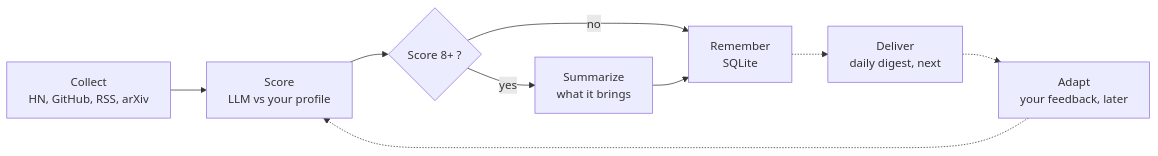
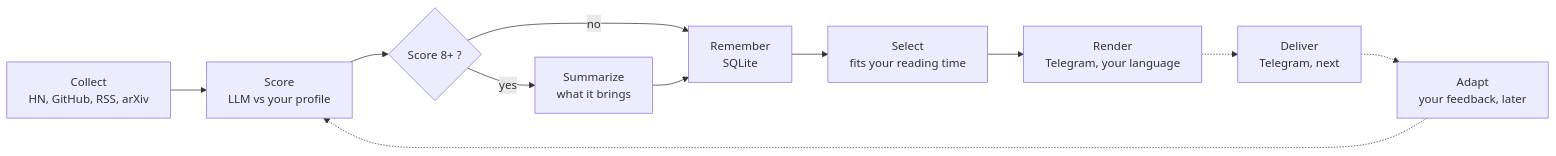
One commit to AntoineRb/tech_radar_agent changed the diagram in README.md. Above: the diagram before and after it, drawn with Mermaid. The commit also changed other lines of this file and 21 other files, not shown here.

First line of the commit message:
Feat: digest rendering in Telegram HTML, labels in the reader's language (#23)

````diff
--- a/README.md
+++ b/README.md
@@ -69,11 +86,13 @@
 ```mermaid
 flowchart LR
     A["Collect<br/>HN, GitHub, RSS, arXiv"] --> B["Score<br/>LLM vs your profile"]
     B --> C{"Score 8+ ?"}
     C -- "yes" --> D["Summarize<br/>what it brings"]
     C -- "no" --> M["Remember<br/>SQLite"]
     D --> M
-    M -.-> E["Deliver<br/>daily digest, next"]
+    M --> S["Select<br/>fits your reading time"]
+    S --> R["Render<br/>Telegram, your language"]
+    R -.-> E["Deliver<br/>Telegram, next"]
     E -.-> F["Adapt<br/>your feedback, later"]
     F -.-> B
 ```
````
